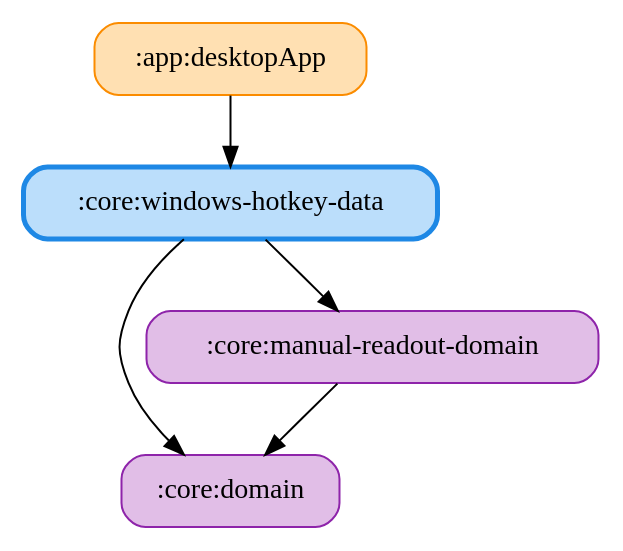
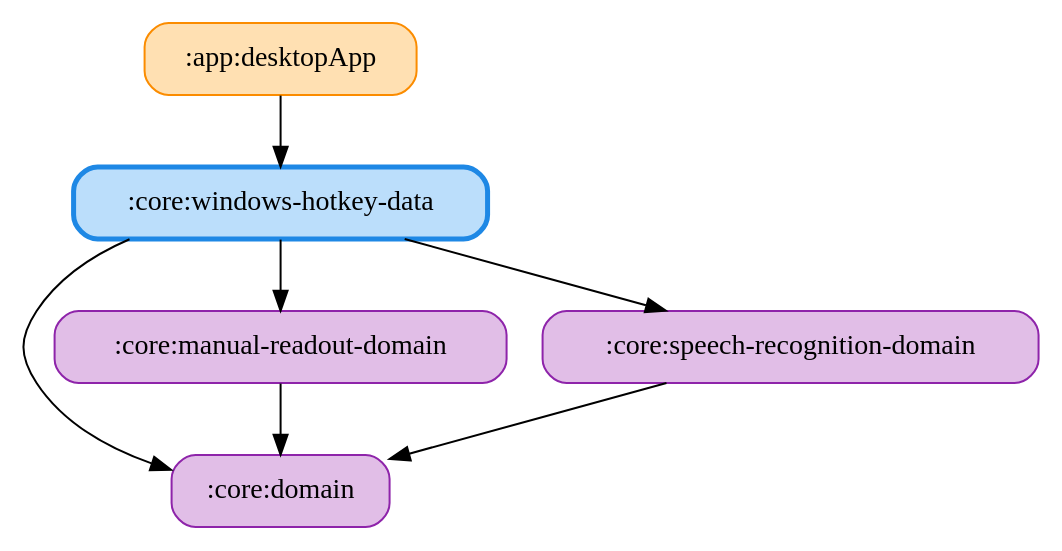
The diagram in docs/graphs/core-windows-hotkey-data.gv (ai-kurou/KoDriver), drawn with Graphviz before and after one commit. The commit also changed 158 other files, not shown here.

```diff
--- a/docs/graphs/core-windows-hotkey-data.gv
+++ b/docs/graphs/core-windows-hotkey-data.gv
@@ -1,12 +1,15 @@
 digraph G {
   rankdir=TB
   node [shape=box, style="rounded,filled"]
   ":app:desktopApp" [fillcolor="#FFE0B2", color="#FB8C00", penwidth=1]
   ":core:domain" [fillcolor="#E1BEE7", color="#8E24AA", penwidth=1]
   ":core:manual-readout-domain" [fillcolor="#E1BEE7", color="#8E24AA", penwidth=1]
+  ":core:speech-recognition-domain" [fillcolor="#E1BEE7", color="#8E24AA", penwidth=1]
   ":core:windows-hotkey-data" [fillcolor="#BBDEFB", color="#1E88E5", penwidth=2.5]
   ":app:desktopApp" -> ":core:windows-hotkey-data"
   ":core:manual-readout-domain" -> ":core:domain"
+  ":core:speech-recognition-domain" -> ":core:domain"
   ":core:windows-hotkey-data" -> ":core:domain"
   ":core:windows-hotkey-data" -> ":core:manual-readout-domain"
+  ":core:windows-hotkey-data" -> ":core:speech-recognition-domain"
 }
```
